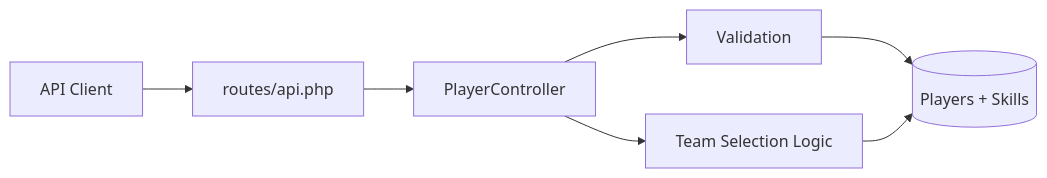
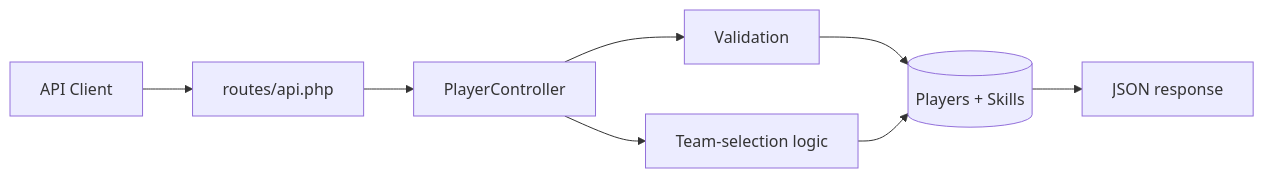
One commit to HidayahMF/RestFullPlayerApi changed the first of 6 diagrams in docs/development-pipeline.md. Above: the diagram before and after it, drawn with Mermaid. The commit also changed other lines of this file, not shown here.

````diff
--- a/docs/development-pipeline.md
+++ b/docs/development-pipeline.md
@@ -9,9 +19,10 @@
 ```mermaid
 flowchart LR
-    C[API Client] --> R[routes/api.php]
-    R --> P[PlayerController]
-    P --> V[Validation]
-    V --> DB[(Players + Skills)]
-    P --> TEAM[Team Selection Logic]
-    TEAM --> DB
+    CLIENT[API Client] --> ROUTES[routes/api.php]
+    ROUTES --> CTRL[PlayerController]
+    CTRL --> VALID[Validation]
+    VALID --> DB[(Players + Skills)]
+    CTRL --> SELECT[Team-selection logic]
+    SELECT --> DB
+    DB --> RESPONSE[JSON response]
 ```
````
